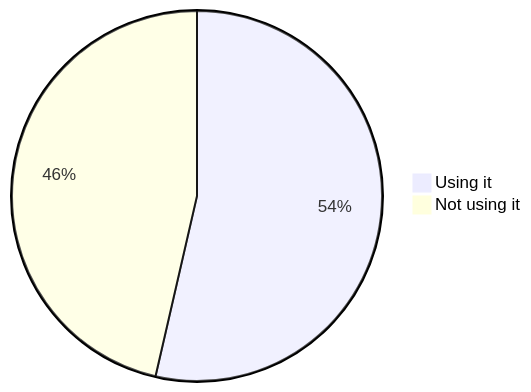
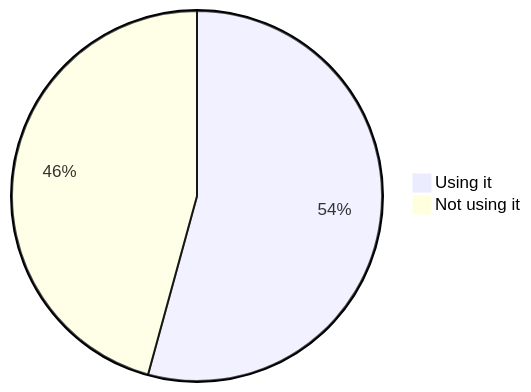
Before and after one commit to oshp/oshp-stats: the second of 19 diagrams in stats.md, drawn with Mermaid. The commit also changed other lines of this file, not shown here.

````diff
--- a/stats.md
+++ b/stats.md
@@ -20,6 +20,6 @@
 ```mermaid
 pie
-	"Using it" : 53.6
-	"Not using it" : 46.4
+	"Using it" : 54.26
+	"Not using it" : 45.74
 
 ```
````
